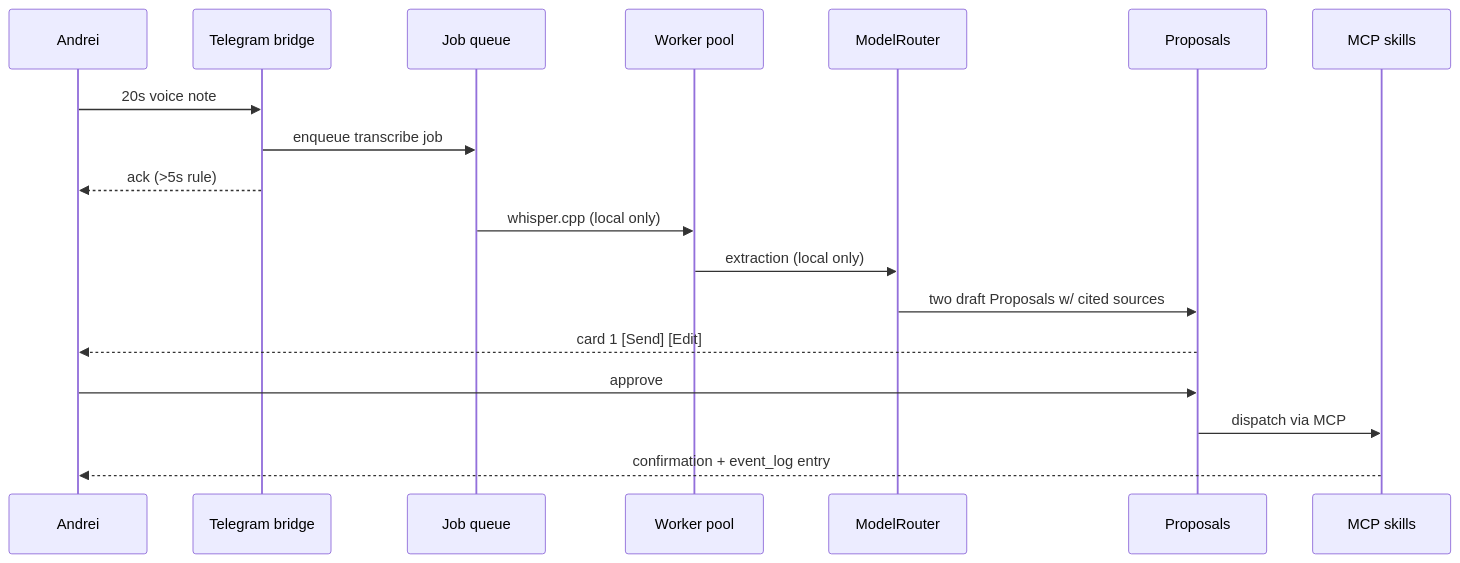
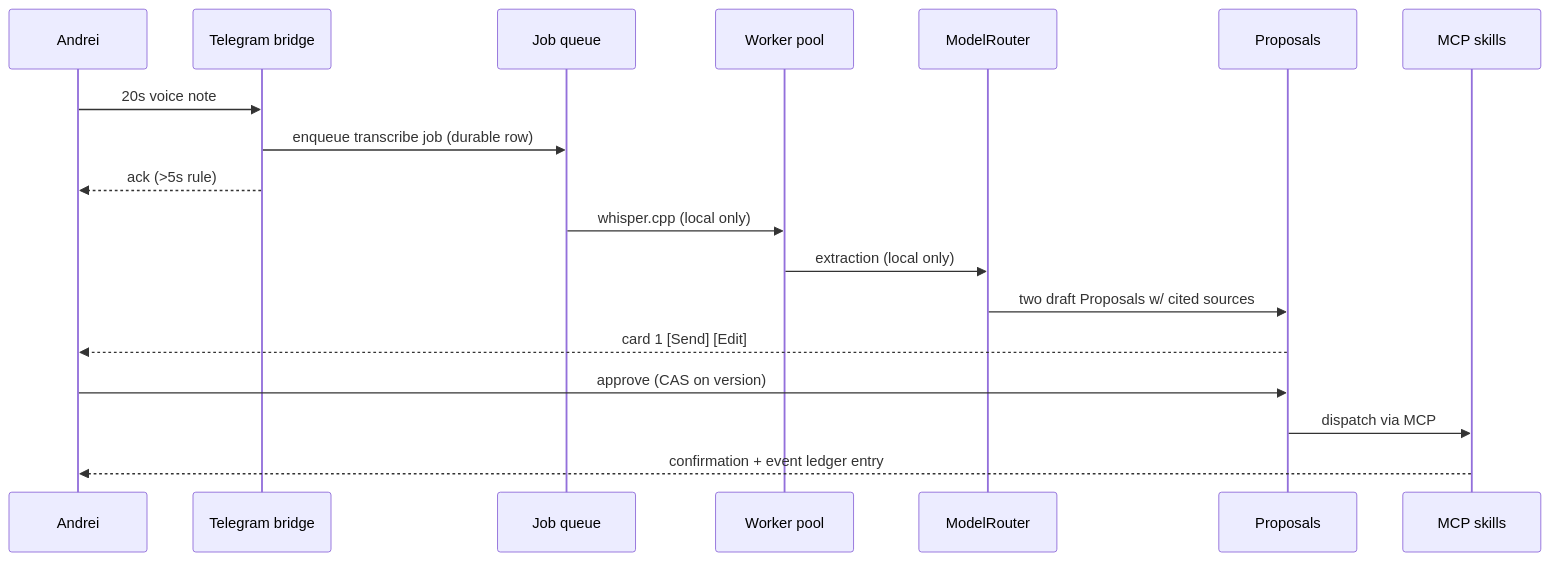
One commit to aramaniuk/pm-ai changed the second of 2 diagrams in _bmad-output/planning-artifacts/architecture/architecture-pm-ai-2026-08-18/SOLUTION-DESIGN.md. Above: the diagram before and after it, drawn with Mermaid. The commit also changed other lines of this file and 17 other files, not shown here.

Commit message:
architecture & prd hardening

````diff
--- a/_bmad-output/planning-artifacts/architecture/architecture-pm-ai-2026-08-18/SOLUTION-DESIGN.md
+++ b/_bmad-output/planning-artifacts/architecture/architecture-pm-ai-2026-08-18/SOLUTION-DESIGN.md
@@ -107,21 +154,21 @@
 ```mermaid
 sequenceDiagram
     participant A as Andrei
     participant TG as Telegram bridge
     participant Q as Job queue
     participant W as Worker pool
     participant R as ModelRouter
     participant P as Proposals
     participant S as MCP skills
 
     A->>TG: 20s voice note
-    TG->>Q: enqueue transcribe job
+    TG->>Q: enqueue transcribe job (durable row)
     TG-->>A: ack (>5s rule)
     Q->>W: whisper.cpp (local only)
     W->>R: extraction (local only)
     R->>P: two draft Proposals w/ cited sources
     P-->>A: card 1 [Send] [Edit]
-    A->>P: approve
+    A->>P: approve (CAS on version)
     P->>S: dispatch via MCP
-    S-->>A: confirmation + event_log entry
+    S-->>A: confirmation + event ledger entry
 ```
````
